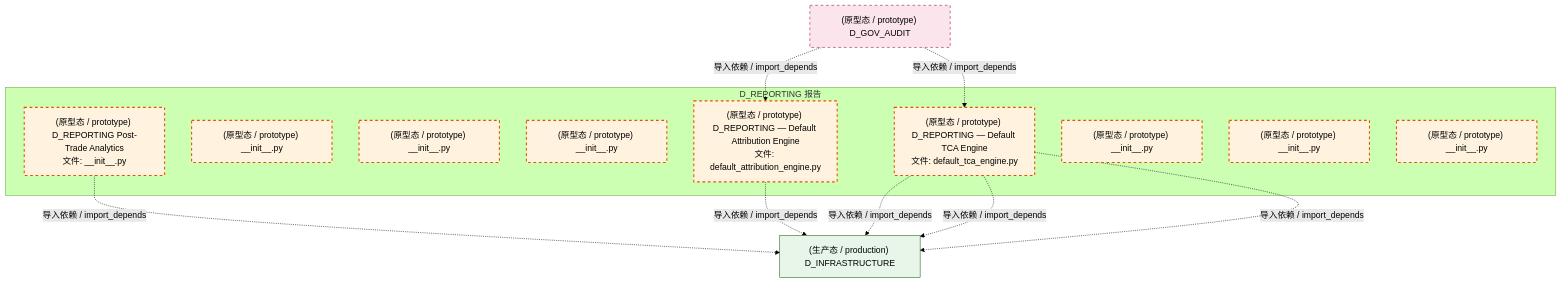
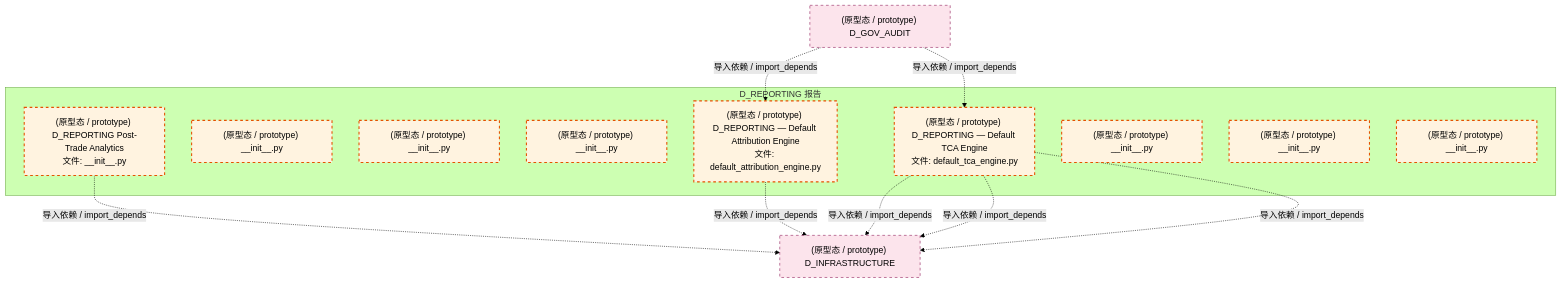
Before and after one commit to xuanFelixVan/ZephyrAlpha: the third of 4 diagrams in docs/02_enterprise_architecture/02_domain_architecture_docs/23_d_reporting.md, drawn with Mermaid (forest theme). The commit also changed other lines of this file and 126 other files, not shown here.

````diff
--- a/docs/02_enterprise_architecture/02_domain_architecture_docs/23_d_reporting.md
+++ b/docs/02_enterprise_architecture/02_domain_architecture_docs/23_d_reporting.md
@@ -153,30 +152,29 @@
 ```mermaid
 graph TD
     subgraph D_REPORTING["D_REPORTING 报告"]
         src_zephyr_reporting_init_py["(原型态 / prototype) D_REPORTING Post-Trade Analytics<br/>文件: __init__.py"]
         src_zephyr_reporting_extensions_init_py["(原型态 / prototype) __init__.py"]
         src_zephyr_reporting_api_init_py["(原型态 / prototype) __init__.py"]
         src_zephyr_reporting_core_init_py["(原型态 / prototype) __init__.py"]
         src_zephyr_reporting_default_attribution_engine_py["(原型态 / prototype) D_REPORTING — Default Attribution Engine<br/>文件: default_attribution_engine.py"]
         src_zephyr_reporting_default_tca_engine_py["(原型态 / prototype) D_REPORTING — Default TCA Engine<br/>文件: default_tca_engine.py"]
         src_zephyr_reporting_infrastructure_init_py["(原型态 / prototype) __init__.py"]
         src_zephyr_reporting_models_init_py["(原型态 / prototype) __init__.py"]
         src_zephyr_reporting_services_init_py["(原型态 / prototype) __init__.py"]
     end
-    D_INFRASTRUCTURE["(生产态 / production) D_INFRASTRUCTURE"]
-    src_zephyr_reporting_init_py -.->|导入依赖 / import_depends| D_INFRASTRUCTURE
+    D_INFRASTRUCTURE["(原型态 / prototype) D_INFRASTRUCTURE"]
     src_zephyr_reporting_default_tca_engine_py -.->|导入依赖 / import_depends| D_INFRASTRUCTURE
     src_zephyr_reporting_default_attribution_engine_py -.->|导入依赖 / import_depends| D_INFRASTRUCTURE
     src_zephyr_reporting_default_tca_engine_py -.->|导入依赖 / import_depends| D_INFRASTRUCTURE
+    src_zephyr_reporting_init_py -.->|导入依赖 / import_depends| D_INFRASTRUCTURE
     src_zephyr_reporting_default_tca_engine_py -.->|导入依赖 / import_depends| D_INFRASTRUCTURE
     D_GOV_AUDIT["(原型态 / prototype) D_GOV_AUDIT"]
     D_GOV_AUDIT -.->|导入依赖 / import_depends| src_zephyr_reporting_default_attribution_engine_py
     D_GOV_AUDIT -.->|导入依赖 / import_depends| src_zephyr_reporting_default_tca_engine_py
     classDef production fill:#e1f5fe,stroke:#01579b,stroke-width:2px,color:#000
     classDef design fill:#fff3e0,stroke:#e65100,stroke-width:2px,color:#000,stroke-dasharray: 5 5
     classDef external_prod fill:#e8f5e9,stroke:#1b5e20,stroke-width:1px,color:#000
     classDef external_design fill:#fce4ec,stroke:#880e4f,stroke-width:1px,color:#000,stroke-dasharray: 5 5
     class src_zephyr_reporting_init_py,src_zephyr_reporting_extensions_init_py,src_zephyr_reporting_api_init_py,src_zephyr_reporting_core_init_py,src_zephyr_reporting_default_attribution_engine_py,src_zephyr_reporting_default_tca_engine_py,src_zephyr_reporting_infrastructure_init_py,src_zephyr_reporting_models_init_py,src_zephyr_reporting_services_init_py design
-    class D_INFRASTRUCTURE external_prod
-    class D_GOV_AUDIT external_design
+    class D_INFRASTRUCTURE,D_GOV_AUDIT external_design
 ```
````
